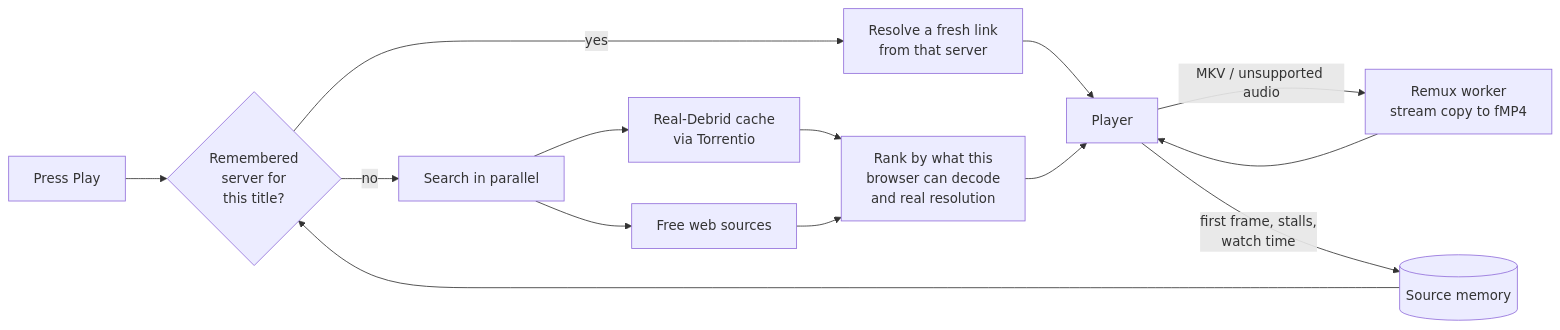
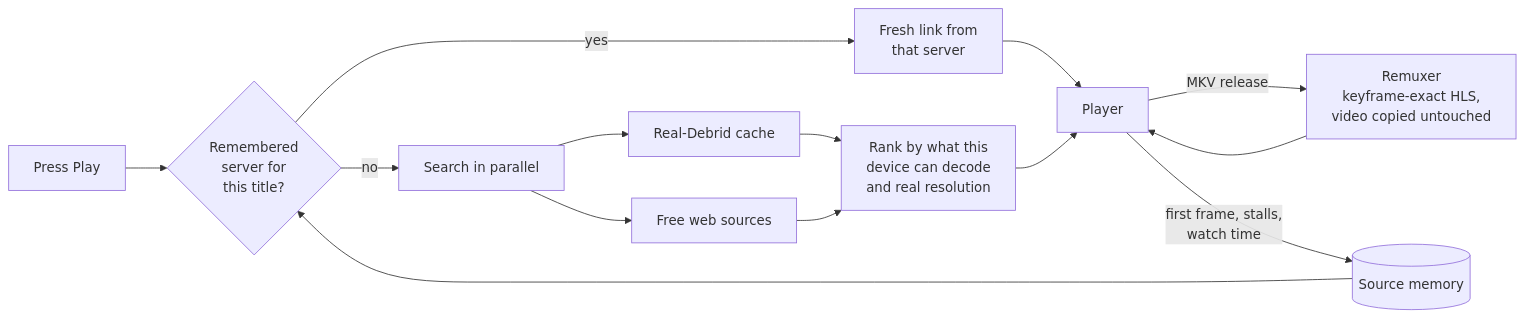
Before and after one commit to nsfwhusnain-coder/absolute-cinema: the diagram in README.md, drawn with Mermaid. The commit also changed other lines of this file and 23 other files, not shown here.

````diff
--- a/README.md
+++ b/README.md
@@ -106,16 +114,16 @@
 ```mermaid
 flowchart LR
     A[Press Play] --> B{Remembered<br/>server for<br/>this title?}
-    B -- yes --> C[Resolve a fresh link<br/>from that server]
+    B -- yes --> C[Fresh link from<br/>that server]
     B -- no --> D[Search in parallel]
-    D --> E[Real-Debrid cache<br/>via Torrentio]
+    D --> E[Real-Debrid cache]
     D --> F[Free web sources]
-    E --> G[Rank by what this<br/>browser can decode<br/>and real resolution]
+    E --> G[Rank by what this<br/>device can decode<br/>and real resolution]
     F --> G
     C --> H[Player]
     G --> H
-    H -- MKV / unsupported audio --> I[Remux worker<br/>stream copy to fMP4]
+    H -- MKV release --> I[Remuxer<br/>keyframe-exact HLS,<br/>video copied untouched]
     I --> H
     H -- first frame, stalls,<br/>watch time --> J[(Source memory)]
     J --> B
 ```
````
